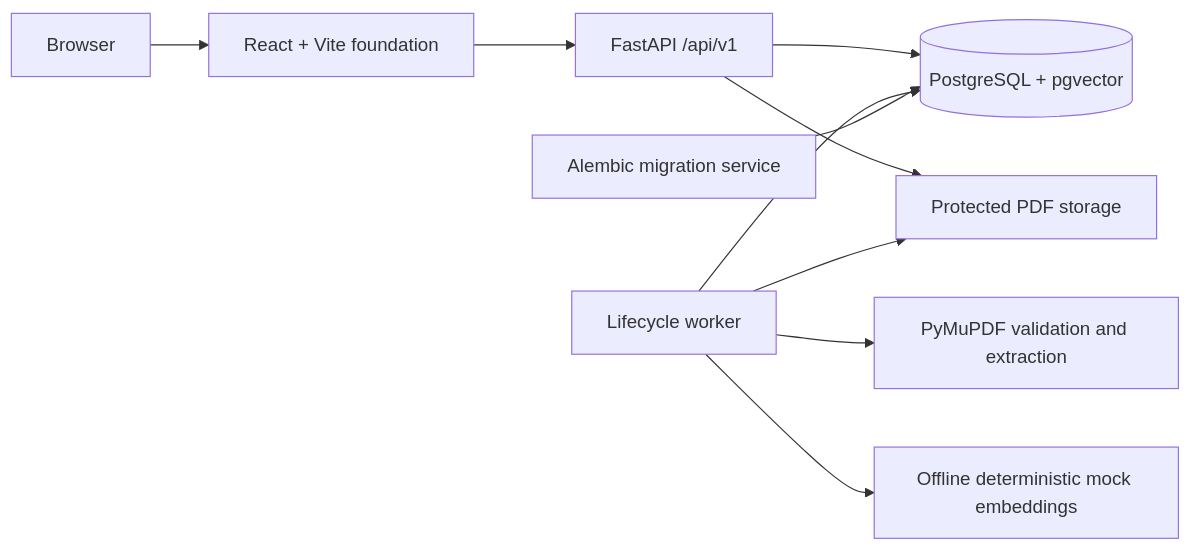
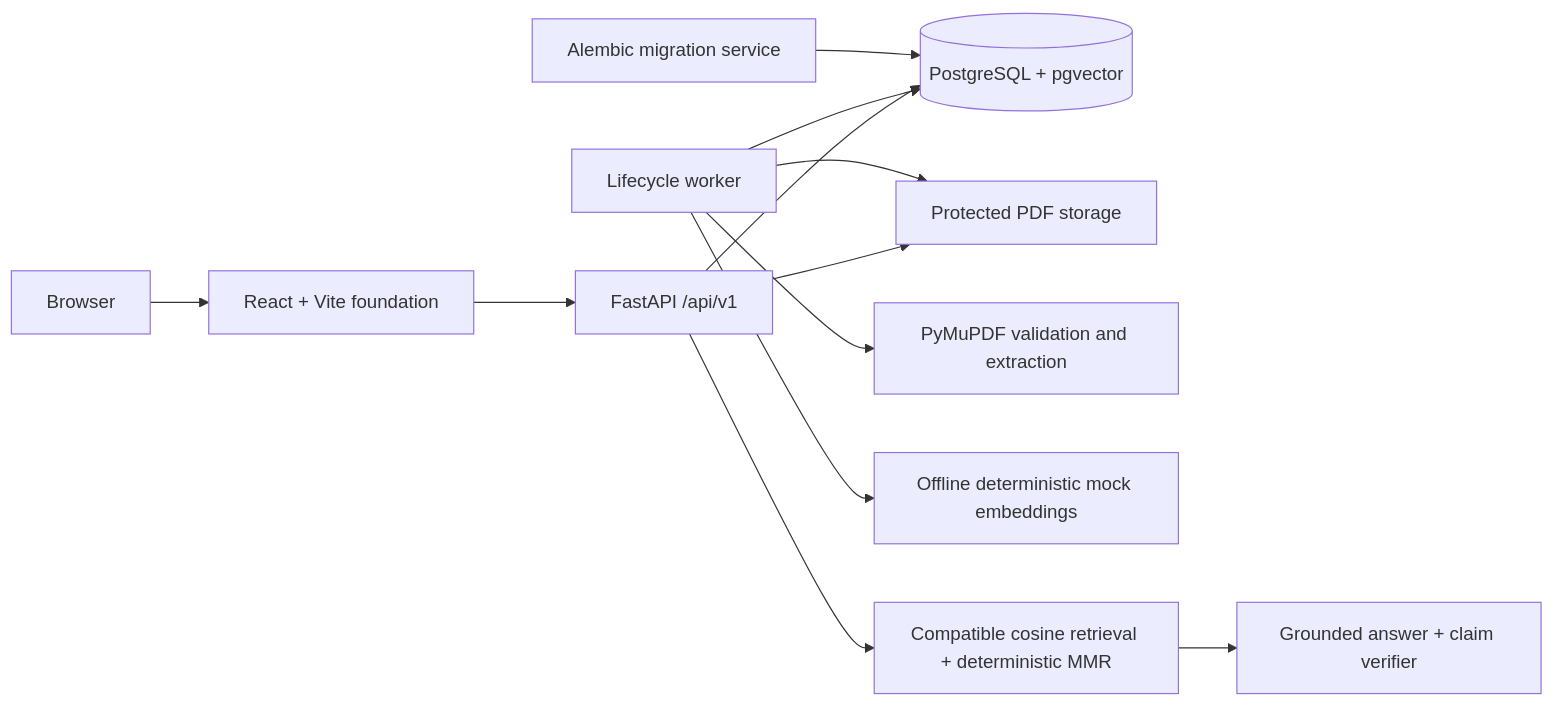
The diagram in docs/architecture.md (jkenken240/DocIntel), drawn with Mermaid before and after one commit. The commit also changed other lines of this file and 28 other files, not shown here.

Commit message:
feat: add grounded retrieval and answers

````diff
--- a/docs/architecture.md
+++ b/docs/architecture.md
@@ -19,12 +21,14 @@
 ```mermaid
 flowchart LR
     Browser["Browser"] --> Web["React + Vite foundation"]
     Web --> API["FastAPI /api/v1"]
     API --> DB[("PostgreSQL + pgvector")]
     API --> Storage["Protected PDF storage"]
     Worker["Lifecycle worker"] --> DB
     Worker --> Storage
     Worker --> PyMuPDF["PyMuPDF validation and extraction"]
     Worker --> Mock["Offline deterministic mock embeddings"]
+    API --> Retrieval["Compatible cosine retrieval + deterministic MMR"]
+    Retrieval --> Providers["Grounded answer + claim verifier"]
     Migrate["Alembic migration service"] --> DB
 ```
````
